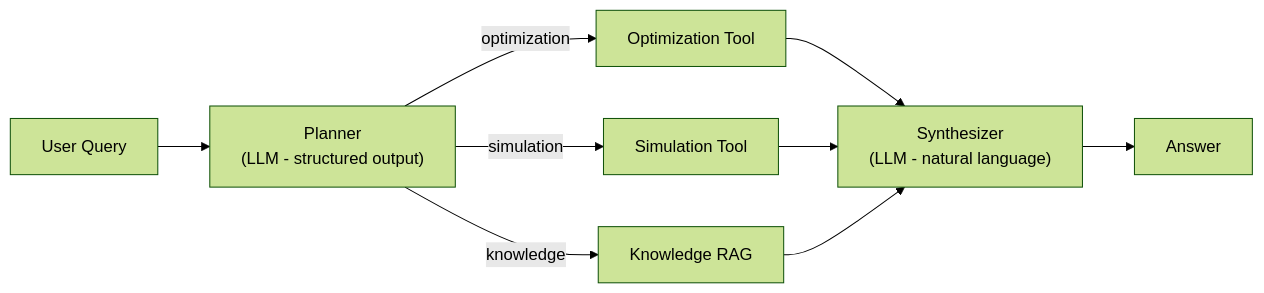
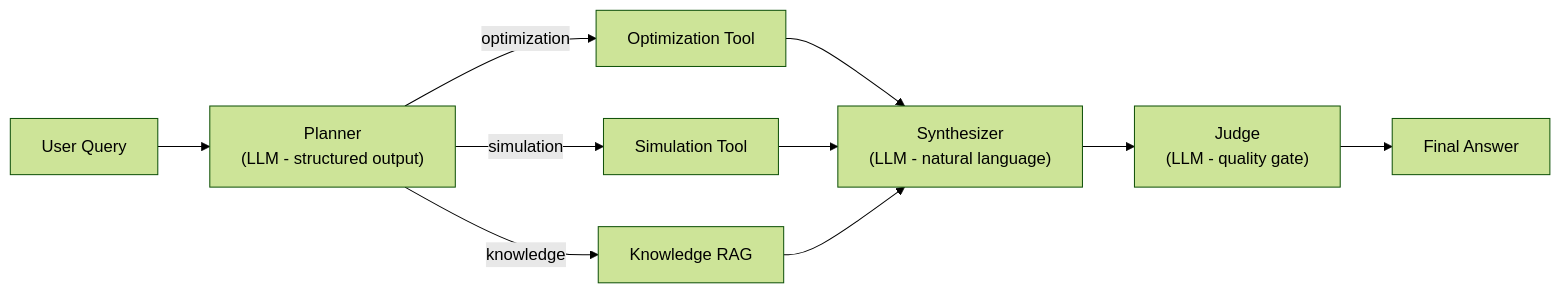
Before and after one commit to gmateosAWS/decision-intelligence-agent: the second of 3 diagrams in README.md, drawn with Mermaid (forest theme). The commit also changed other lines of this file, not shown here.

Commit message:
add LLM judge to README

````diff
--- a/README.md
+++ b/README.md
@@ -154,19 +171,24 @@
 ```mermaid
 flowchart LR
     User[User Query]
-    Planner["Planner\n(LLM - structured output)"]
+    Planner["Planner
+(LLM - structured output)"]
     Opt[Optimization Tool]
     Sim[Simulation Tool]
     Know[Knowledge RAG]
-    Synth["Synthesizer\n(LLM - natural language)"]
-    Answer[Answer]
+    Synth["Synthesizer
+(LLM - natural language)"]
+    Judge["Judge
+(LLM - quality gate)"]
+    Answer[Final Answer]
 
     User --> Planner
     Planner -->|optimization| Opt
     Planner -->|simulation| Sim
     Planner -->|knowledge| Know
     Opt --> Synth
     Sim --> Synth
     Know --> Synth
-    Synth --> Answer
+    Synth --> Judge
+    Judge --> Answer
 ```
````
